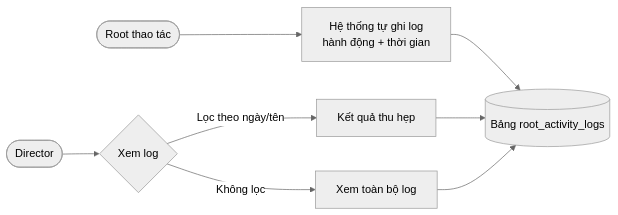
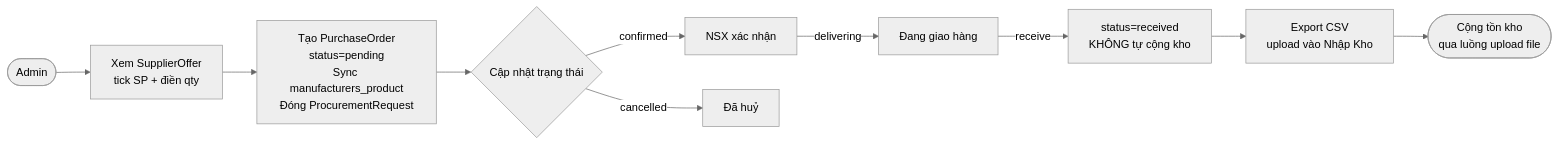
Before and after one commit to thien258/luanvantotnghiep: diagram 18 of 20 in app/Http/doc/diagrams.md, drawn with Mermaid (neutral theme). The commit also changed other lines of this file and 59 other files, not shown here.

````diff
--- a/app/Http/doc/diagrams.md
+++ b/app/Http/doc/diagrams.md
@@ -619,10 +657,12 @@
 ```mermaid
 flowchart LR
-    A([Root thao tác]) --> B[Hệ thống tự ghi log\nhành động + thời gian]
-    B --> C[(Bảng root_activity_logs)]
-
-    D([Director]) --> E{Xem log}
-    E -->|Lọc theo ngày/tên| F[Kết quả thu hẹp]
-    E -->|Không lọc| G[Xem toàn bộ log]
-    F & G --> C
+    A([Admin]) --> B[Xem SupplierOffer\ntick SP + điền qty]
+    B --> C[Tạo PurchaseOrder\nstatus=pending\nSync manufacturers_product\nĐóng ProcurementRequest]
+    C --> D{Cập nhật trạng thái}
+    D -->|confirmed| E[NSX xác nhận]
+    E -->|delivering| F[Đang giao hàng]
+    F -->|receive| G[status=received\nKHÔNG tự cộng kho]
+    G --> H[Export CSV\nupload vào Nhập Kho]
+    H --> I([Cộng tồn kho\nqua luồng upload file])
+    D -->|cancelled| J[Đã huỷ]
 ```
````
